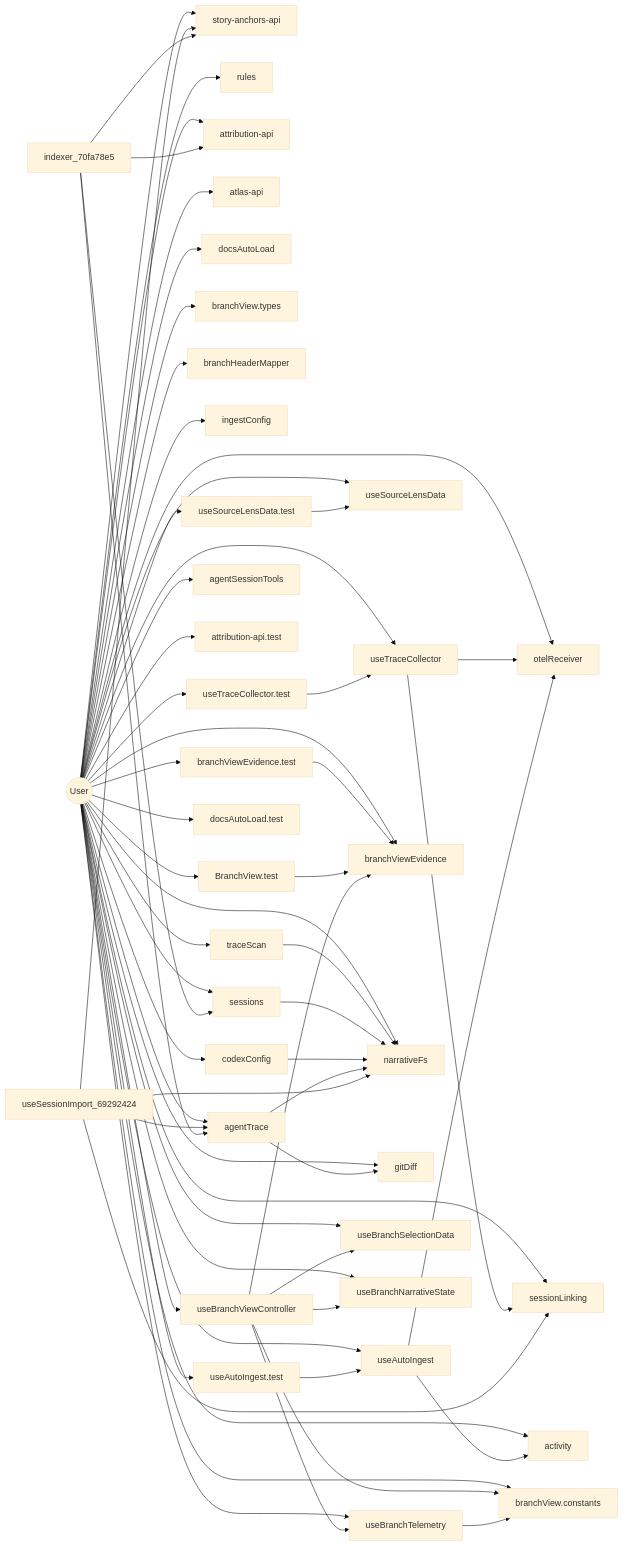
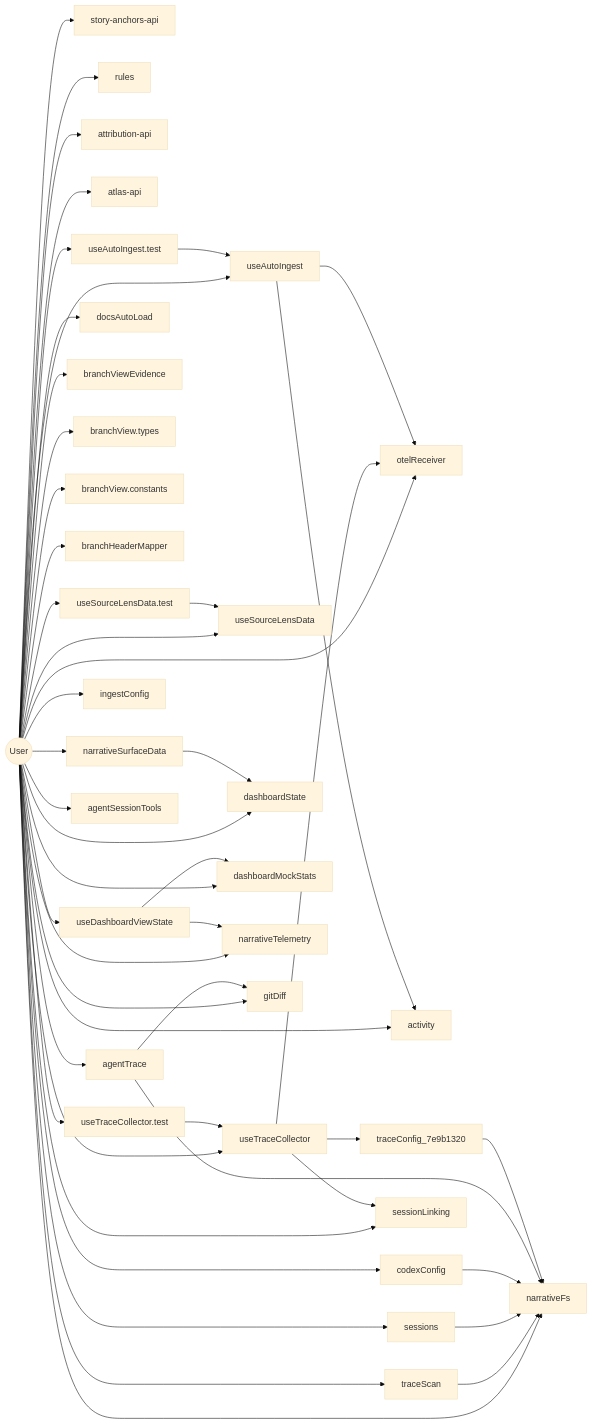
One commit to jscraik/firefly-narrative changed the diagram in .diagram/user.mmd. Above: the diagram before and after it, drawn with Mermaid (base theme). The commit also changed 26 other files, not shown here.

```diff
--- a/.diagram/user.mmd
+++ b/.diagram/user.mmd
@@ -1,99 +1,82 @@
 flowchart LR
   User(("User"))
+  useTraceCollector_e3f811c3["useTraceCollector"]
+  User --> useTraceCollector_e3f811c3
+  useSourceLensData_c1b2d5d3["useSourceLensData"]
+  User --> useSourceLensData_c1b2d5d3
+  useAutoIngest_56f90d17["useAutoIngest"]
+  User --> useAutoIngest_56f90d17
   story_anchors_api_279f63a1["story-anchors-api"]
   User --> story_anchors_api_279f63a1
   rules_6c621d1a["rules"]
   User --> rules_6c621d1a
   attribution_api_b53df9d9["attribution-api"]
   User --> attribution_api_b53df9d9
   atlas_api_0fe43c81["atlas-api"]
   User --> atlas_api_0fe43c81
-  useTraceCollector_e3f811c3["useTraceCollector"]
-  User --> useTraceCollector_e3f811c3
-  useSourceLensData_c1b2d5d3["useSourceLensData"]
-  User --> useSourceLensData_c1b2d5d3
-  useAutoIngest_56f90d17["useAutoIngest"]
-  User --> useAutoIngest_56f90d17
+  useDashboardViewState_0962a456["useDashboardViewState"]
+  User --> useDashboardViewState_0962a456
+  narrativeSurfaceData_d4f28a0b["narrativeSurfaceData"]
+  User --> narrativeSurfaceData_d4f28a0b
   docsAutoLoad_44c379b9["docsAutoLoad"]
   User --> docsAutoLoad_44c379b9
+  dashboardState_2c62cd16["dashboardState"]
+  User --> dashboardState_2c62cd16
+  dashboardMockStats_2008817f["dashboardMockStats"]
+  User --> dashboardMockStats_2008817f
   branchViewEvidence_9e7c8d82["branchViewEvidence"]
   User --> branchViewEvidence_9e7c8d82
   branchView_types_1fc9620a["branchView.types"]
   User --> branchView_types_1fc9620a
   branchView_constants_91490435["branchView.constants"]
   User --> branchView_constants_91490435
   branchHeaderMapper_4dd9295b["branchHeaderMapper"]
   User --> branchHeaderMapper_4dd9295b
+  useTraceCollector_test_1261d5ea["useTraceCollector.test"]
+  User --> useTraceCollector_test_1261d5ea
+  useSourceLensData_test_7459bf0f["useSourceLensData.test"]
+  User --> useSourceLensData_test_7459bf0f
+  useAutoIngest_test_c64ef81e["useAutoIngest.test"]
+  User --> useAutoIngest_test_c64ef81e
+  narrativeTelemetry_70dfa1c5["narrativeTelemetry"]
+  User --> narrativeTelemetry_70dfa1c5
   otelReceiver_bd752dec["otelReceiver"]
   User --> otelReceiver_bd752dec
   narrativeFs_b94b096d["narrativeFs"]
   User --> narrativeFs_b94b096d
   ingestConfig_c7e6037b["ingestConfig"]
   User --> ingestConfig_c7e6037b
   gitDiff_a3685ce7["gitDiff"]
   User --> gitDiff_a3685ce7
   activity_0651863b["activity"]
   User --> activity_0651863b
   traceScan_d94d6b75["traceScan"]
   User --> traceScan_d94d6b75
   sessions_1225ae6c["sessions"]
   User --> sessions_1225ae6c
   sessionLinking_8e056ceb["sessionLinking"]
   User --> sessionLinking_8e056ceb
   codexConfig_229b7351["codexConfig"]
   User --> codexConfig_229b7351
   agentTrace_bc847946["agentTrace"]
   User --> agentTrace_bc847946
   agentSessionTools_413c0d20["agentSessionTools"]
   User --> agentSessionTools_413c0d20
-  attribution_api_test_e7248f37["attribution-api.test"]
-  User --> attribution_api_test_e7248f37
-  useTraceCollector_test_1261d5ea["useTraceCollector.test"]
-  User --> useTraceCollector_test_1261d5ea
-  useSourceLensData_test_7459bf0f["useSourceLensData.test"]
-  User --> useSourceLensData_test_7459bf0f
-  useAutoIngest_test_c64ef81e["useAutoIngest.test"]
-  User --> useAutoIngest_test_c64ef81e
-  docsAutoLoad_test_e6636ba5["docsAutoLoad.test"]
-  User --> docsAutoLoad_test_e6636ba5
-  branchViewEvidence_test_c375af04["branchViewEvidence.test"]
-  User --> branchViewEvidence_test_c375af04
-  BranchView_test_9e320760["BranchView.test"]
-  User --> BranchView_test_9e320760
-  useBranchViewController_d4c2a4b8["useBranchViewController"]
-  User --> useBranchViewController_d4c2a4b8
-  useBranchTelemetry_d189d40e["useBranchTelemetry"]
-  User --> useBranchTelemetry_d189d40e
-  useBranchSelectionData_213a448c["useBranchSelectionData"]
-  User --> useBranchSelectionData_213a448c
-  useBranchNarrativeState_421f0b1f["useBranchNarrativeState"]
-  User --> useBranchNarrativeState_421f0b1f
   useTraceCollector_e3f811c3 --> otelReceiver_bd752dec
+  useTraceCollector_e3f811c3 --> traceConfig_7e9b1320
   useTraceCollector_e3f811c3 --> sessionLinking_8e056ceb
   useAutoIngest_56f90d17 --> otelReceiver_bd752dec
   useAutoIngest_56f90d17 --> activity_0651863b
+  useDashboardViewState_0962a456 --> narrativeTelemetry_70dfa1c5
+  useDashboardViewState_0962a456 --> dashboardMockStats_2008817f
+  narrativeSurfaceData_d4f28a0b --> dashboardState_2c62cd16
+  useTraceCollector_test_1261d5ea --> useTraceCollector_e3f811c3
+  useSourceLensData_test_7459bf0f --> useSourceLensData_c1b2d5d3
+  useAutoIngest_test_c64ef81e --> useAutoIngest_56f90d17
   traceScan_d94d6b75 --> narrativeFs_b94b096d
   sessions_1225ae6c --> narrativeFs_b94b096d
   codexConfig_229b7351 --> narrativeFs_b94b096d
   agentTrace_bc847946 --> narrativeFs_b94b096d
   agentTrace_bc847946 --> gitDiff_a3685ce7
-  useTraceCollector_test_1261d5ea --> useTraceCollector_e3f811c3
-  useSourceLensData_test_7459bf0f --> useSourceLensData_c1b2d5d3
-  useAutoIngest_test_c64ef81e --> useAutoIngest_56f90d17
-  branchViewEvidence_test_c375af04 --> branchViewEvidence_9e7c8d82
-  BranchView_test_9e320760 --> branchViewEvidence_9e7c8d82
-  useBranchViewController_d4c2a4b8 --> branchView_constants_91490435
-  useBranchViewController_d4c2a4b8 --> branchViewEvidence_9e7c8d82
-  useBranchViewController_d4c2a4b8 --> useBranchNarrativeState_421f0b1f
-  useBranchViewController_d4c2a4b8 --> useBranchTelemetry_d189d40e
-  useBranchViewController_d4c2a4b8 --> useBranchSelectionData_213a448c
-  useBranchTelemetry_d189d40e --> branchView_constants_91490435
-  useSessionImport_69292424 --> agentTrace_bc847946
-  useSessionImport_69292424 --> sessionLinking_8e056ceb
-  useSessionImport_69292424 --> narrativeFs_b94b096d
-  useSessionImport_69292424 --> story_anchors_api_279f63a1
-  indexer_70fa78e5 --> sessions_1225ae6c
-  indexer_70fa78e5 --> agentTrace_bc847946
-  indexer_70fa78e5 --> attribution_api_b53df9d9
-  indexer_70fa78e5 --> story_anchors_api_279f63a1
+  traceConfig_7e9b1320 --> narrativeFs_b94b096d
   classDef userNode fill:#16a34a,color:#fff
```
